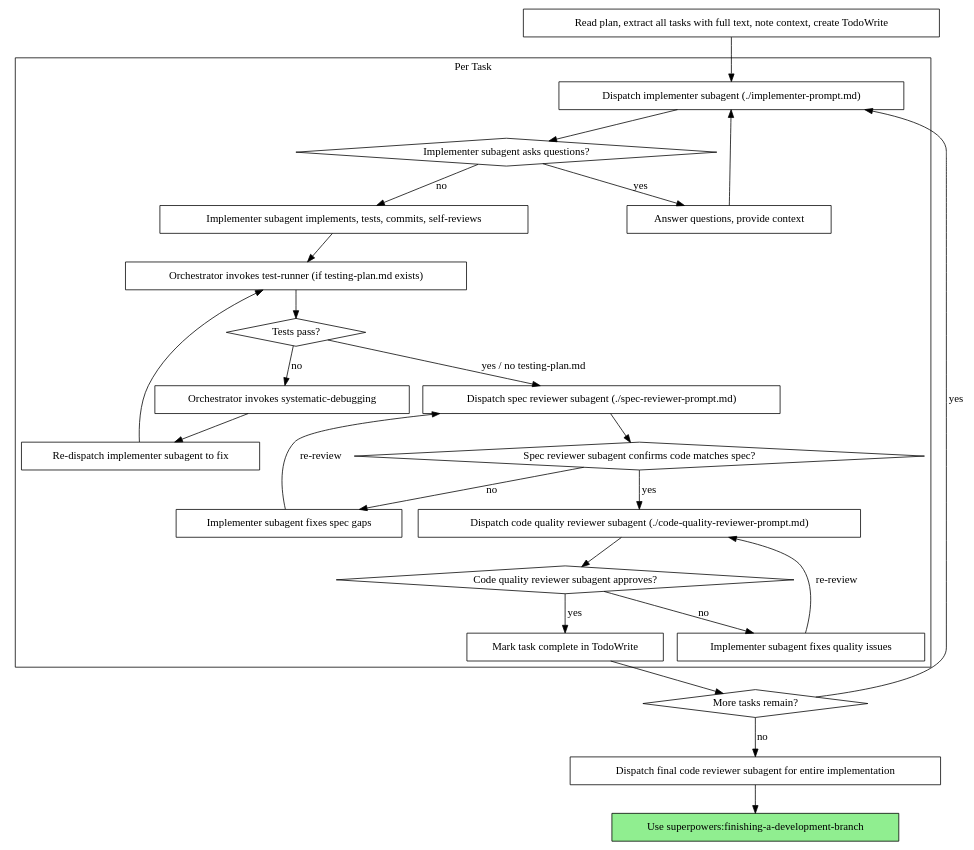
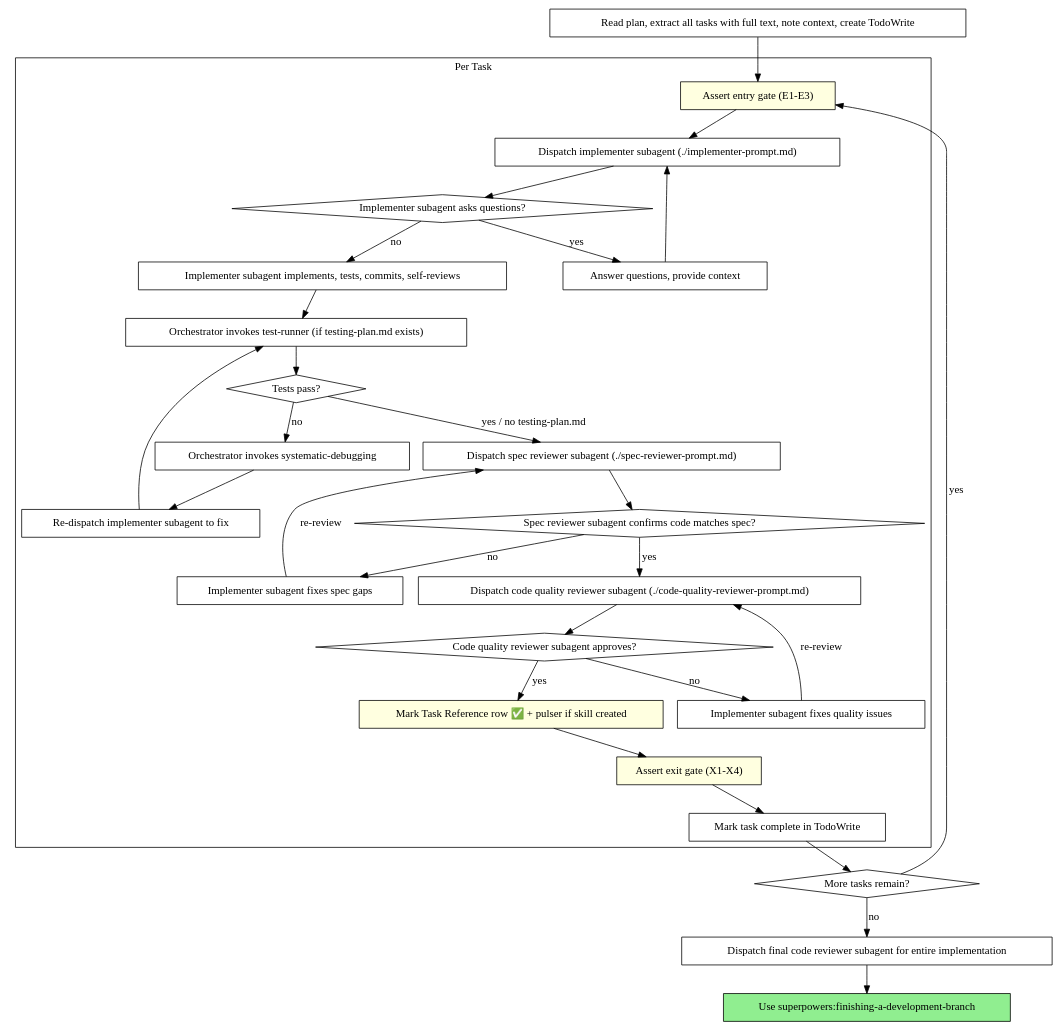
One commit to TeamClyde/clydes_claude changed the second of 2 diagrams in skills/subagent-driven-development/SKILL.md. Above: the diagram before and after it, drawn with Graphviz. The commit also changed other lines of this file, not shown here.

First line of the commit message:
fix: address subagent-driven-development gate review feedback (Task 9)

````diff
--- a/skills/subagent-driven-development/SKILL.md
+++ b/skills/subagent-driven-development/SKILL.md
@@ -43,53 +43,59 @@
 ```dot
 digraph process {
     rankdir=TB;
 
     subgraph cluster_per_task {
         label="Per Task";
+        "Assert entry gate (E1-E3)" [shape=box style=filled fillcolor=lightyellow];
         "Dispatch implementer subagent (./implementer-prompt.md)" [shape=box];
         "Implementer subagent asks questions?" [shape=diamond];
         "Answer questions, provide context" [shape=box];
         "Implementer subagent implements, tests, commits, self-reviews" [shape=box];
         "Dispatch spec reviewer subagent (./spec-reviewer-prompt.md)" [shape=box];
         "Spec reviewer subagent confirms code matches spec?" [shape=diamond];
         "Implementer subagent fixes spec gaps" [shape=box];
         "Dispatch code quality reviewer subagent (./code-quality-reviewer-prompt.md)" [shape=box];
         "Code quality reviewer subagent approves?" [shape=diamond];
         "Implementer subagent fixes quality issues" [shape=box];
+        "Mark Task Reference row ✅ + pulser if skill created" [shape=box style=filled fillcolor=lightyellow];
+        "Assert exit gate (X1-X4)" [shape=box style=filled fillcolor=lightyellow];
         "Mark task complete in TodoWrite" [shape=box];
         "Orchestrator invokes test-runner (if testing-plan.md exists)" [shape=box];
         "Tests pass?" [shape=diamond];
         "Orchestrator invokes systematic-debugging" [shape=box];
         "Re-dispatch implementer subagent to fix" [shape=box];
     }
 
     "Read plan, extract all tasks with full text, note context, create TodoWrite" [shape=box];
     "More tasks remain?" [shape=diamond];
     "Dispatch final code reviewer subagent for entire implementation" [shape=box];
     "Use superpowers:finishing-a-development-branch" [shape=box style=filled fillcolor=lightgreen];
 
-    "Read plan, extract all tasks with full text, note context, create TodoWrite" -> "Dispatch implementer subagent (./implementer-prompt.md)";
+    "Read plan, extract all tasks with full text, note context, create TodoWrite" -> "Assert entry gate (E1-E3)";
+    "Assert entry gate (E1-E3)" -> "Dispatch implementer subagent (./implementer-prompt.md)";
     "Dispatch implementer subagent (./implementer-prompt.md)" -> "Implementer subagent asks questions?";
     "Implementer subagent asks questions?" -> "Answer questions, provide context" [label="yes"];
     "Answer questions, provide context" -> "Dispatch implementer subagent (./implementer-prompt.md)";
     "Implementer subagent asks questions?" -> "Implementer subagent implements, tests, commits, self-reviews" [label="no"];
     "Implementer subagent implements, tests, commits, self-reviews" -> "Orchestrator invokes test-runner (if testing-plan.md exists)";
     "Orchestrator invokes test-runner (if testing-plan.md exists)" -> "Tests pass?";
     "Tests pass?" -> "Dispatch spec reviewer subagent (./spec-reviewer-prompt.md)" [label="yes / no testing-plan.md"];
     "Tests pass?" -> "Orchestrator invokes systematic-debugging" [label="no"];
     "Orchestrator invokes systematic-debugging" -> "Re-dispatch implementer subagent to fix";
     "Re-dispatch implementer subagent to fix" -> "Orchestrator invokes test-runner (if testing-plan.md exists)";
     "Dispatch spec reviewer subagent (./spec-reviewer-prompt.md)" -> "Spec reviewer subagent confirms code matches spec?";
     "Spec reviewer subagent confirms code matches spec?" -> "Implementer subagent fixes spec gaps" [label="no"];
     "Implementer subagent fixes spec gaps" -> "Dispatch spec reviewer subagent (./spec-reviewer-prompt.md)" [label="re-review"];
     "Spec reviewer subagent confirms code matches spec?" -> "Dispatch code quality reviewer subagent (./code-quality-reviewer-prompt.md)" [label="yes"];
     "Dispatch code quality reviewer subagent (./code-quality-reviewer-prompt.md)" -> "Code quality reviewer subagent approves?";
     "Code quality reviewer subagent approves?" -> "Implementer subagent fixes quality issues" [label="no"];
     "Implementer subagent fixes quality issues" -> "Dispatch code quality reviewer subagent (./code-quality-reviewer-prompt.md)" [label="re-review"];
-    "Code quality reviewer subagent approves?" -> "Mark task complete in TodoWrite" [label="yes"];
+    "Code quality reviewer subagent approves?" -> "Mark Task Reference row ✅ + pulser if skill created" [label="yes"];
+    "Mark Task Reference row ✅ + pulser if skill created" -> "Assert exit gate (X1-X4)";
+    "Assert exit gate (X1-X4)" -> "Mark task complete in TodoWrite";
     "Mark task complete in TodoWrite" -> "More tasks remain?";
-    "More tasks remain?" -> "Dispatch implementer subagent (./implementer-prompt.md)" [label="yes"];
+    "More tasks remain?" -> "Assert entry gate (E1-E3)" [label="yes"];
     "More tasks remain?" -> "Dispatch final code reviewer subagent for entire implementation" [label="no"];
     "Dispatch final code reviewer subagent for entire implementation" -> "Use superpowers:finishing-a-development-branch";
 }
 ```
````
